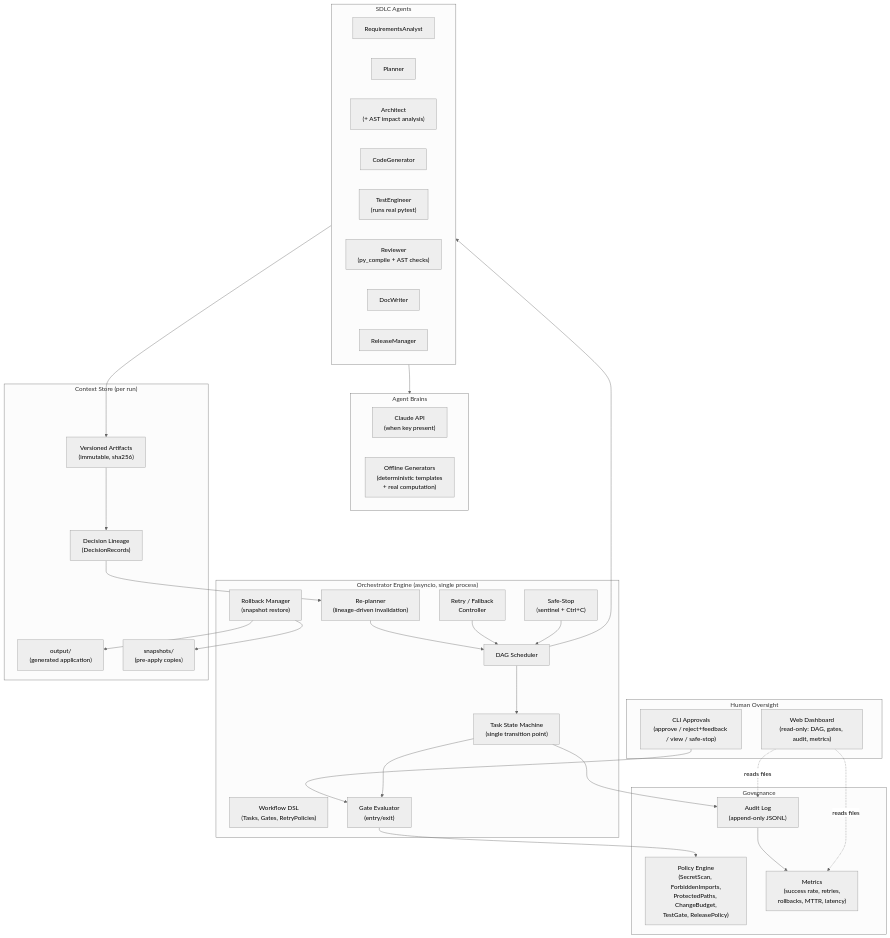
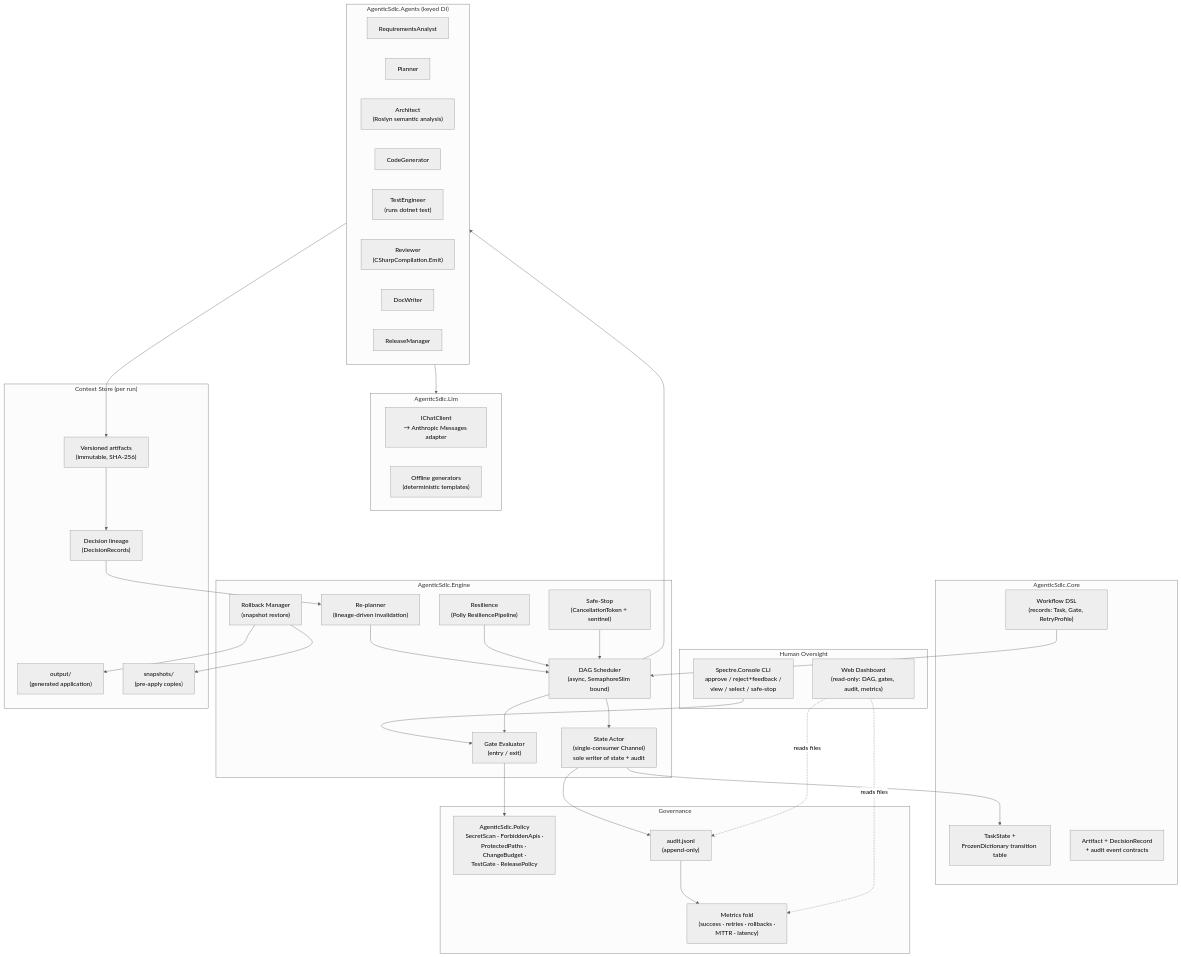
One commit to 2bhupesh/CharlesS changed the first of 4 diagrams in docs/ARCHITECTURE.md. Above: the diagram before and after it, drawn with Mermaid (neutral theme). The commit also changed other lines of this file and 2 other files, not shown here.

Commit message:
Implement  updates releted to .net architectural documentation

````diff
--- a/docs/ARCHITECTURE.md
+++ b/docs/ARCHITECTURE.md
@@ -16,63 +18,71 @@
 ```mermaid
 flowchart TB
     subgraph HUMAN["Human Oversight"]
-        CLI["CLI Approvals<br/>(approve / reject+feedback / view / safe-stop)"]
+        CLI["Spectre.Console CLI<br/>approve / reject+feedback /<br/>view / select / safe-stop"]
         DASH["Web Dashboard<br/>(read-only: DAG, gates, audit, metrics)"]
     end
 
-    subgraph ENGINE["Orchestrator Engine (asyncio, single process)"]
-        WF["Workflow DSL<br/>(Tasks, Gates, RetryPolicies)"]
-        SCHED["DAG Scheduler"]
-        SM["Task State Machine<br/>(single transition point)"]
-        GATES["Gate Evaluator<br/>(entry/exit)"]
-        RETRY["Retry / Fallback<br/>Controller"]
+    subgraph ENGINE["AgenticSdlc.Engine"]
+        ACTOR["State Actor<br/>(single-consumer Channel)<br/>sole writer of state + audit"]
+        SCHED["DAG Scheduler<br/>(async, SemaphoreSlim bound)"]
+        GATES["Gate Evaluator<br/>(entry / exit)"]
+        RETRY["Resilience<br/>(Polly ResiliencePipeline)"]
         REPLAN["Re-planner<br/>(lineage-driven invalidation)"]
         RB["Rollback Manager<br/>(snapshot restore)"]
-        SS["Safe-Stop<br/>(sentinel + Ctrl+C)"]
+        SS["Safe-Stop<br/>(CancellationToken + sentinel)"]
+    end
+
+    subgraph CORE["AgenticSdlc.Core"]
+        DSL["Workflow DSL<br/>(records: Task, Gate, RetryProfile)"]
+        SM["TaskState +<br/>FrozenDictionary transition table"]
+        MODELS["Artifact + DecisionRecord<br/>+ audit event contracts"]
     end
 
     subgraph GOV["Governance"]
-        POLICY["Policy Engine<br/>(SecretScan, ForbiddenImports,<br/>ProtectedPaths, ChangeBudget,<br/>TestGate, ReleasePolicy)"]
-        AUDIT["Audit Log<br/>(append-only JSONL)"]
-        METRICS["Metrics<br/>(success rate, retries,<br/>rollbacks, MTTR, latency)"]
+        POLICY["AgenticSdlc.Policy<br/>SecretScan · ForbiddenApis ·<br/>ProtectedPaths · ChangeBudget ·<br/>TestGate · ReleasePolicy"]
+        AUDIT["audit.jsonl<br/>(append-only)"]
+        METRICS["Metrics fold<br/>(success · retries · rollbacks ·<br/>MTTR · latency)"]
     end
 
-    subgraph AGENTS["SDLC Agents"]
+    subgraph AGENTS["AgenticSdlc.Agents (keyed DI)"]
         A1["RequirementsAnalyst"]
         A2["Planner"]
-        A3["Architect<br/>(+ AST impact analysis)"]
+        A3["Architect<br/>(Roslyn semantic analysis)"]
         A4["CodeGenerator"]
-        A5["TestEngineer<br/>(runs real pytest)"]
-        A6["Reviewer<br/>(py_compile + AST checks)"]
+        A5["TestEngineer<br/>(runs dotnet test)"]
+        A6["Reviewer<br/>(CSharpCompilation.Emit)"]
         A7["DocWriter"]
         A8["ReleaseManager"]
     end
 
-    subgraph BRAINS["Agent Brains"]
-        LLM["Claude API<br/>(when key present)"]
-        OFF["Offline Generators<br/>(deterministic templates<br/>+ real computation)"]
+    subgraph BRAINS["AgenticSdlc.Llm"]
+        LLM["IChatClient<br/>→ Anthropic Messages adapter"]
+        OFF["Offline generators<br/>(deterministic templates)"]
     end
 
     subgraph STORE["Context Store (per run)"]
-        ART["Versioned Artifacts<br/>(immutable, sha256)"]
-        LIN["Decision Lineage<br/>(DecisionRecords)"]
+        ART["Versioned artifacts<br/>(immutable, SHA-256)"]
+        LIN["Decision lineage<br/>(DecisionRecords)"]
         OUT["output/<br/>(generated application)"]
         SNAP["snapshots/<br/>(pre-apply copies)"]
     end
 
     CLI --> GATES
-    SCHED --> SM --> GATES
+    SCHED --> ACTOR
+    ACTOR --> SM
+    SCHED --> GATES
     GATES --> POLICY
     SCHED --> AGENTS
     AGENTS --> BRAINS
     AGENTS --> ART
     ART --> LIN
     LIN --> REPLAN --> SCHED
     RETRY --> SCHED
     RB --> SNAP
     RB --> OUT
-    SM --> AUDIT --> METRICS
+    ACTOR --> AUDIT --> METRICS
+    DSL --> SCHED
     DASH -.reads files.-> AUDIT
     DASH -.reads files.-> METRICS
     SS --> SCHED
 ```
````
